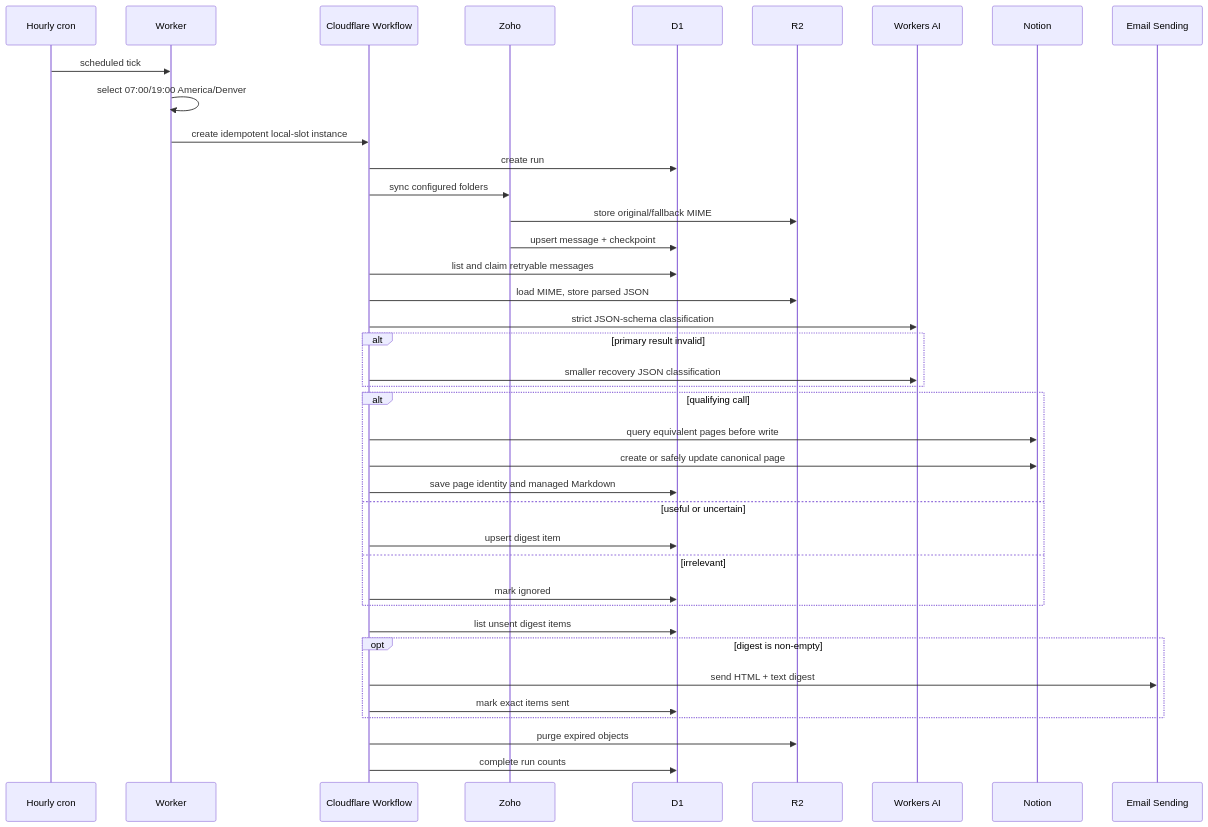
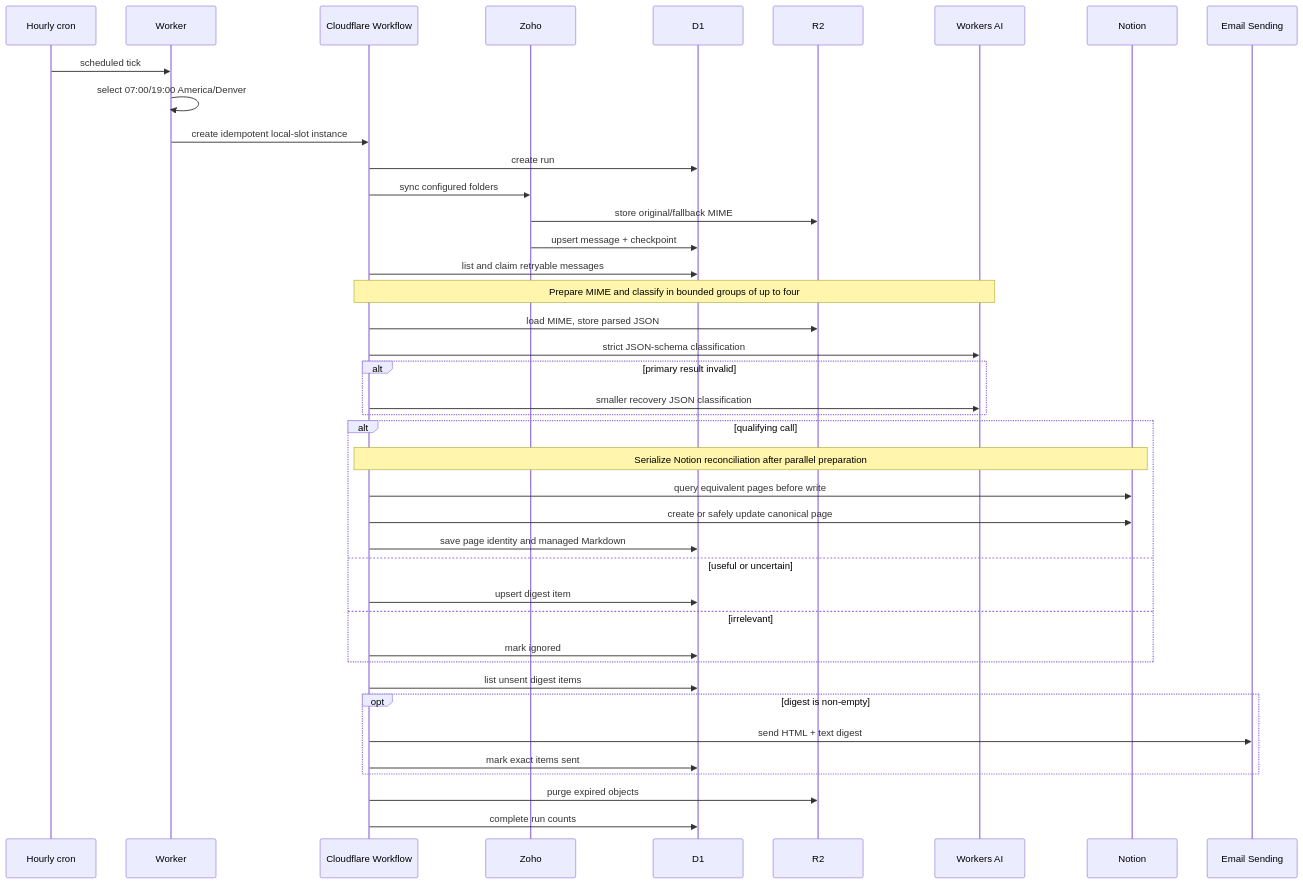
The diagram in docs/ARCHITECTURE.md (aindaco1/dust-wave-opportunity-radar), drawn with Mermaid before and after one commit. The commit also changed other lines of this file and 5 other files, not shown here.

````diff
--- a/docs/ARCHITECTURE.md
+++ b/docs/ARCHITECTURE.md
@@ -23,42 +23,44 @@
 ```mermaid
 sequenceDiagram
   participant Cron as Hourly cron
   participant Worker
   participant Flow as Cloudflare Workflow
   participant Zoho
   participant D1
   participant R2
   participant AI as Workers AI
   participant Notion
   participant Email as Email Sending
 
   Cron->>Worker: scheduled tick
   Worker->>Worker: select 07:00/19:00 America/Denver
   Worker->>Flow: create idempotent local-slot instance
   Flow->>D1: create run
   Flow->>Zoho: sync configured folders
   Zoho->>R2: store original/fallback MIME
   Zoho->>D1: upsert message + checkpoint
   Flow->>D1: list and claim retryable messages
+  Note over Flow,AI: Prepare MIME and classify in bounded groups of up to four
   Flow->>R2: load MIME, store parsed JSON
   Flow->>AI: strict JSON-schema classification
   alt primary result invalid
     Flow->>AI: smaller recovery JSON classification
   end
   alt qualifying call
+    Note over Flow,Notion: Serialize Notion reconciliation after parallel preparation
     Flow->>Notion: query equivalent pages before write
     Flow->>Notion: create or safely update canonical page
     Flow->>D1: save page identity and managed Markdown
   else useful or uncertain
     Flow->>D1: upsert digest item
   else irrelevant
     Flow->>D1: mark ignored
   end
   Flow->>D1: list unsent digest items
   opt digest is non-empty
     Flow->>Email: send HTML + text digest
     Flow->>D1: mark exact items sent
   end
   Flow->>R2: purge expired objects
   Flow->>D1: complete run counts
 ```
````
